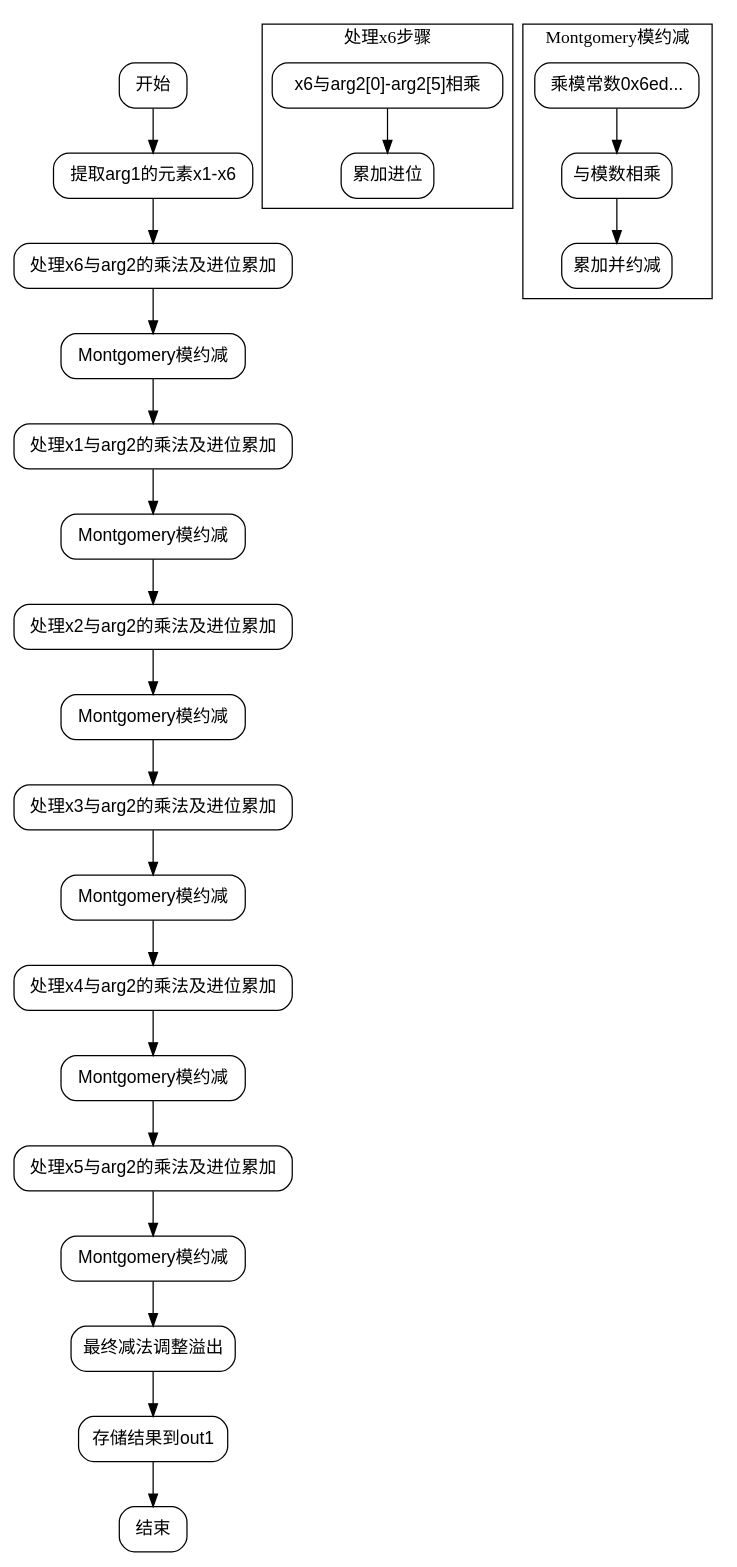
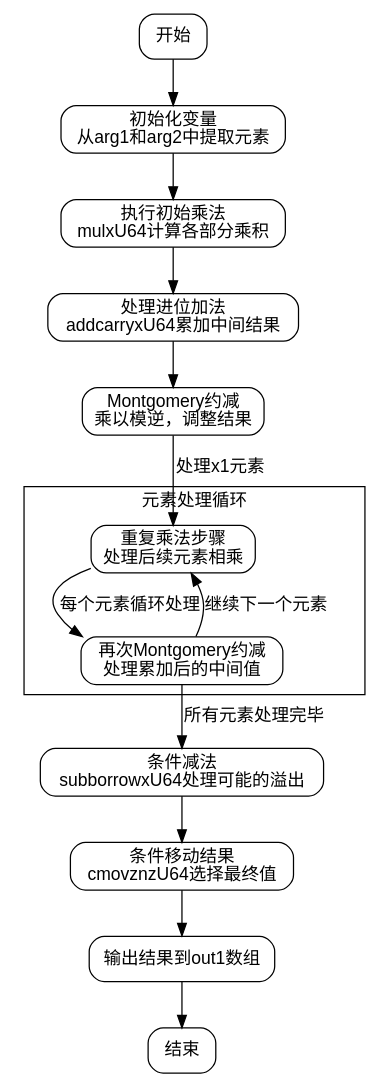
Before and after one commit to sdzx-1/deepseek-zig-reader: the diagram in dot_std/crypto/pcurves/p384/p384_scalar_64.zig.mul.md, drawn with Graphviz. The commit also changed other lines of this file and 236 other files, not shown here.

````diff
--- a/dot_std/crypto/pcurves/p384/p384_scalar_64.zig.mul.md
+++ b/dot_std/crypto/pcurves/p384/p384_scalar_64.zig.mul.md
@@ -47,59 +25,39 @@
 ```dot
 digraph flowchart {
-    node [shape=rectangle, style=rounded, fontname=Helvetica];
-    edge [fontname=Helvetica];
+    node [shape=rectangle, style="rounded", fontname="Helvetica"];
+    edge [fontname="Helvetica"];
 
     start [label="开始"];
-    init [label="提取arg1的元素x1-x6"];
-    process_x6 [label="处理x6与arg2的乘法及进位累加"];
-    montgomery_reduce1 [label="Montgomery模约减"];
-    process_x1 [label="处理x1与arg2的乘法及进位累加"];
-    montgomery_reduce2 [label="Montgomery模约减"];
-    process_x2 [label="处理x2与arg2的乘法及进位累加"];
-    montgomery_reduce3 [label="Montgomery模约减"];
-    process_x3 [label="处理x3与arg2的乘法及进位累加"];
-    montgomery_reduce4 [label="Montgomery模约减"];
-    process_x4 [label="处理x4与arg2的乘法及进位累加"];
-    montgomery_reduce5 [label="Montgomery模约减"];
-    process_x5 [label="处理x5与arg2的乘法及进位累加"];
-    montgomery_reduce6 [label="Montgomery模约减"];
-    final_sub [label="最终减法调整溢出"];
-    store_result [label="存储结果到out1"];
+    init_vars [label="初始化变量\n从arg1和arg2中提取元素"];
+    initial_multiplies [label="执行初始乘法\nmulxU64计算各部分乘积"];
+    add_with_carries [label="处理进位加法\naddcarryxU64累加中间结果"];
+    montgomery_reduce1 [label="Montgomery约减\n乘以模逆，调整结果"];
+    repeat_multiplies [label="重复乘法步骤\n处理后续元素相乘"];
+    montgomery_reduce2 [label="再次Montgomery约减\n处理累加后的中间值"];
+    final_subtraction [label="条件减法\nsubborrowxU64处理可能的溢出"];
+    cmov_operations [label="条件移动结果\ncmovznzU64选择最终值"];
+    output_result [label="输出结果到out1数组"];
     end [label="结束"];
 
-    start -> init;
-    init -> process_x6;
-    process_x6 -> montgomery_reduce1;
-    montgomery_reduce1 -> process_x1;
-    process_x1 -> montgomery_reduce2;
-    montgomery_reduce2 -> process_x2;
-    process_x2 -> montgomery_reduce3;
-    montgomery_reduce3 -> process_x3;
-    process_x3 -> montgomery_reduce4;
-    montgomery_reduce4 -> process_x4;
-    process_x4 -> montgomery_reduce5;
-    montgomery_reduce5 -> process_x5;
-    process_x5 -> montgomery_reduce6;
-    montgomery_reduce6 -> final_sub;
-    final_sub -> store_result;
-    store_result -> end;
+    start -> init_vars;
+    init_vars -> initial_multiplies;
+    initial_multiplies -> add_with_carries;
+    add_with_carries -> montgomery_reduce1;
 
-    // 说明每个处理块的内部结构
-    subgraph cluster_x6 {
-        label="处理x6步骤";
-        mul_x6 [label="x6与arg2[0]-arg2[5]相乘"];
-        add_carries [label="累加进位"];
-        mul_x6 -> add_carries;
+    montgomery_reduce1 -> repeat_multiplies [label="处理x1元素"];
+    repeat_multiplies -> montgomery_reduce2 [label="每个元素循环处理"];
+    montgomery_reduce2 -> repeat_multiplies [label="继续下一个元素"];
+
+    montgomery_reduce2 -> final_subtraction [label="所有元素处理完毕"];
+    final_subtraction -> cmov_operations;
+    cmov_operations -> output_result;
+    output_result -> end;
+
+    // 显示循环结构
+    subgraph cluster_loop {
+        label="元素处理循环";
+        repeat_multiplies;
+        montgomery_reduce2;
     }
-
-    subgraph cluster_montgomery {
-        label="Montgomery模约减";
-        mul_constant [label="乘模常数0x6ed..."];
-        mul_mod [label="与模数相乘"];
-        add_reduce [label="累加并约减"];
-        mul_constant -> mul_mod -> add_reduce;
-    }
-
-    // 类似地，其他处理块结构相同
 }
-``` 
+```
````
